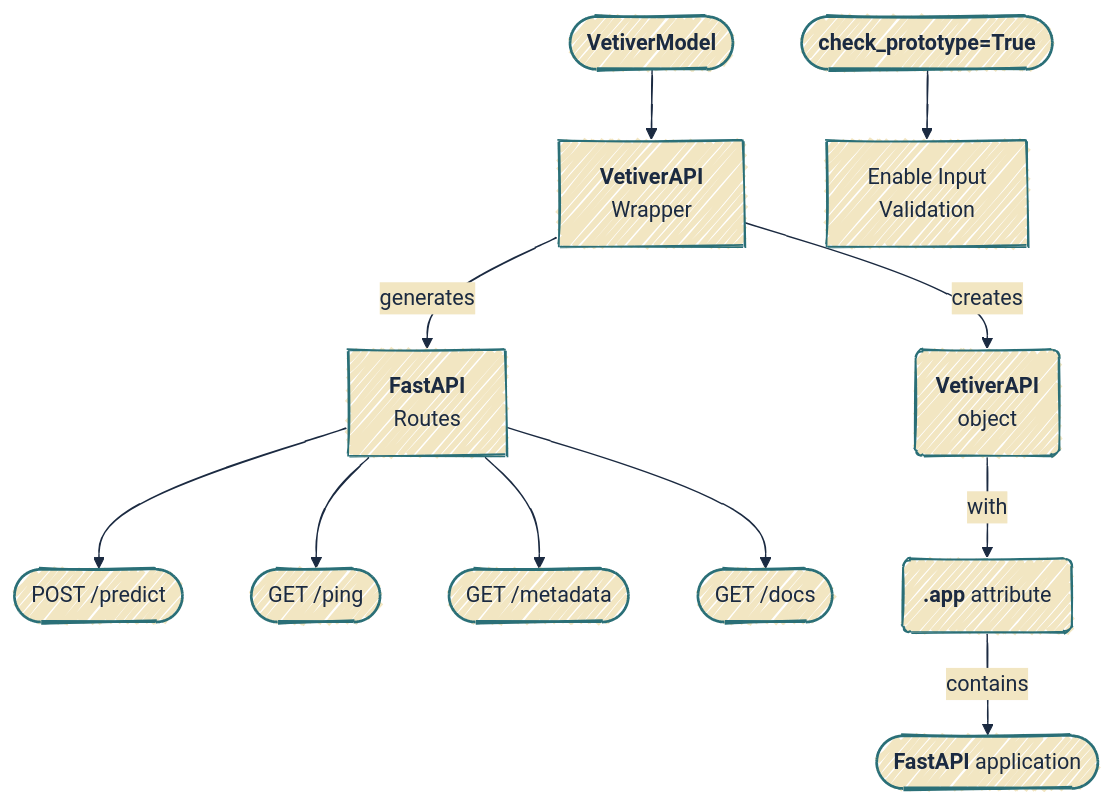
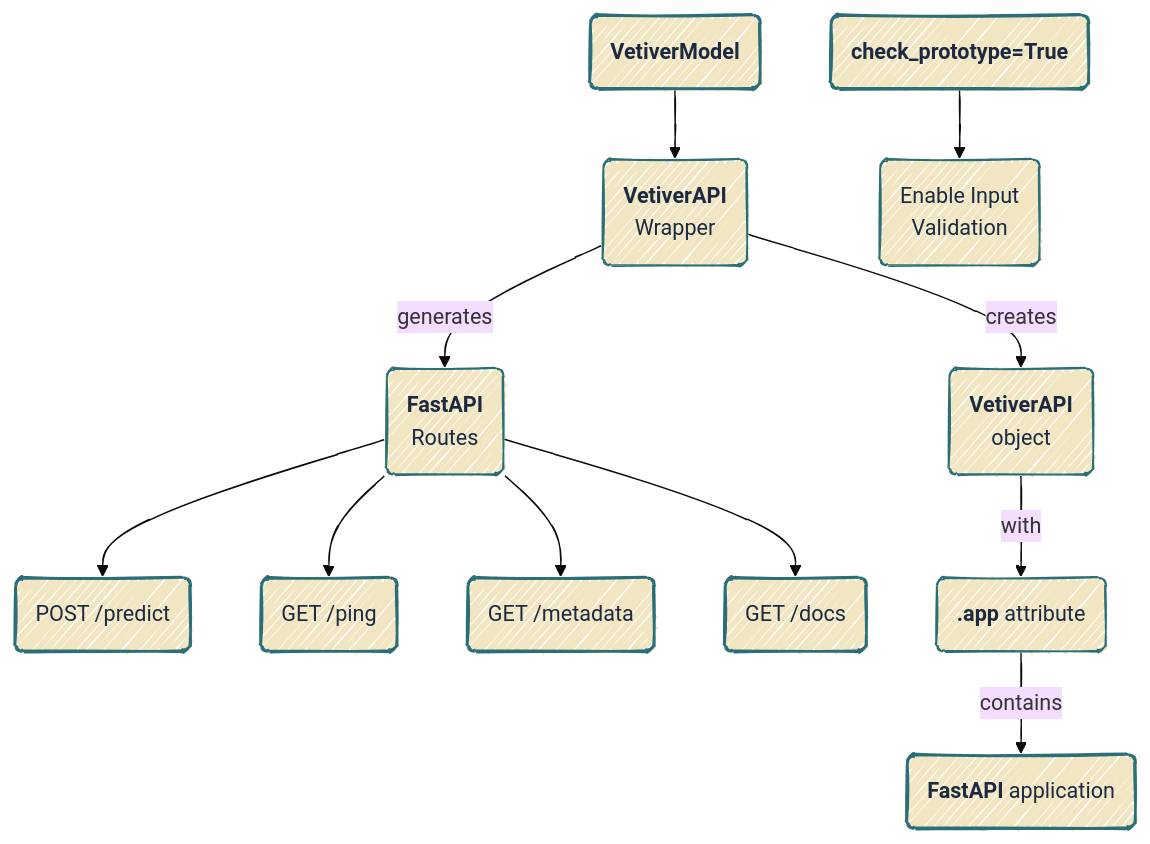
One commit to mjfrigaard/do4ds-labs changed the second of 7 diagrams in py-app-api.qmd. Above: the diagram before and after it, drawn with Mermaid. The commit also changed other lines of this file and 37 other files, not shown here.

Commit message:
updates to mermaid

````diff
--- a/py-app-api.qmd
+++ b/py-app-api.qmd
@@ -345,30 +348,31 @@
 ```{mermaid}
 %%| fig-cap: 'mod-api.py'
 %%| fig-align: center
-%%{init: {'theme': 'base', 'look': 'handDrawn', 'themeVariables': { 'fontFamily': 'monospace', "fontSize":"16px", 'primaryColor': '#F2E6C2', 'primaryBorderColor': '#2A6F77', 'primaryTextColor': '#1B2A41', 'secondaryColor': '#d4e7e4', 'tertiaryColor': '#f5f0e4', 'lineColor': '#1B2A41', 'edgeLabelBackground': '#F2E6C2'}}}%%
+%%{init: {'theme': 'base', 'look': 'handDrawn', 'themeVariables': {'fontFamily': 'monospace'}}}%%
 
 graph TB
-    Mod(["<strong>VetiverModel</strong>"]) --> VApiCon["<strong>VetiverAPI</strong><br>Wrapper"]
-    VApiCon --"generates"--> FastAPI["<strong>FastAPI</strong><br>Routes"]
+    Mod("<strong>VetiverModel</strong>") --> VApiCon("<strong>VetiverAPI</strong><br>Wrapper")
+    VApiCon --"generates"--> FastAPI("<strong>FastAPI</strong><br>Routes")
     
-    FastAPI --> Post(["POST /predict"])
-    FastAPI --> GetPing(["GET /ping"]) 
-    FastAPI --> GetMeta(["GET /metadata"])
-    FastAPI --> GetDocs(["GET /docs"])
+    FastAPI --> Post("POST /predict")
+    FastAPI --> GetPing("GET /ping") 
+    FastAPI --> GetMeta("GET /metadata")
+    FastAPI --> GetDocs("GET /docs")
     
-    CheckProt(["<strong>check_prototype=True</strong>"]) --> Input["Enable Input<br>Validation"]
+    CheckProt("<strong>check_prototype=True</strong>") --> Input("Enable Input<br>Validation")
     
     VApiCon --"creates"--> VApiObj("<strong>VetiverAPI</strong><br>object")
     VApiObj --"with"--> AppAttr("<strong>.app</strong> attribute")
     
-    AppAttr --"contains"--> FastAPIApp(["<strong>FastAPI</strong> application"])
+    AppAttr --"contains"--> FastAPIApp("<strong>FastAPI</strong> application")
 
     style CheckProt stroke-width:2px, rx:12, ry:12, font-size:16px
     style Mod stroke-width:2px, rx:12, ry:12, font-size:16px
 
     style Post stroke-width:2px, rx:12, ry:12, font-size:16px
     style GetPing stroke-width:2px, rx:12, ry:12, font-size:16px
     style GetMeta stroke-width:2px, rx:12, ry:12, font-size:16px
     style GetDocs stroke-width:2px, rx:12, ry:12, font-size:16px
     style FastAPIApp stroke-width:2px, rx:12, ry:12, font-size:16px
+    classDef default fill:#F2E6C2,stroke:#2A6F77,color:#1B2A41
 ```
````
